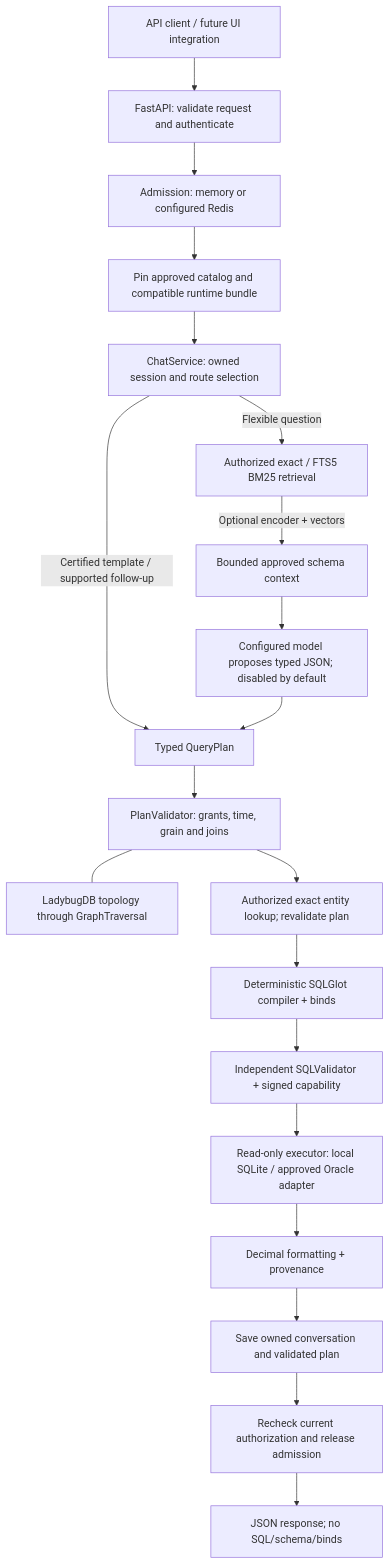
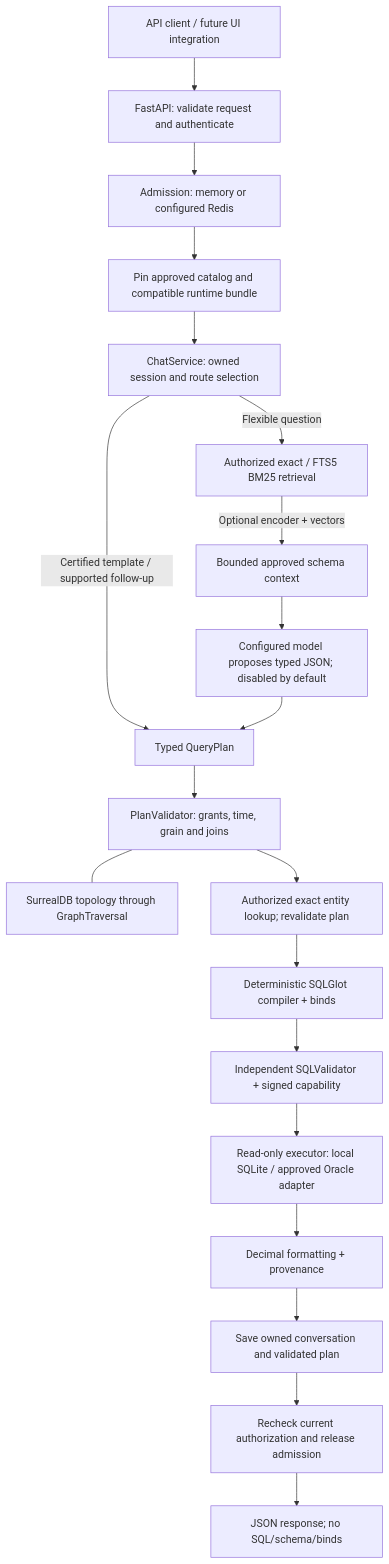
The first of 2 diagrams in docs/APP_WALKTHROUGH.md (Vishwas2311/NL2SQL-NEW-chatbot), drawn with Mermaid before and after one commit. The commit also changed other lines of this file and 35 other files, not shown here.

Commit message:
refactor: replace Ladybug projections with embedded SurrealDB

````diff
--- a/docs/APP_WALKTHROUGH.md
+++ b/docs/APP_WALKTHROUGH.md
@@ -29,22 +29,22 @@
 ```mermaid
 flowchart TD
     Client["API client / future UI integration"] --> API["FastAPI: validate request and authenticate"]
     API --> Admit["Admission: memory or configured Redis"]
     Admit --> Runtime["Pin approved catalog and compatible runtime bundle"]
     Runtime --> Chat["ChatService: owned session and route selection"]
     Chat -->|"Certified template / supported follow-up"| Plan["Typed QueryPlan"]
     Chat -->|"Flexible question"| Retrieve["Authorized exact / FTS5 BM25 retrieval"]
     Retrieve -->|"Optional encoder + vectors"| Context["Bounded approved schema context"]
     Context --> Model["Configured model proposes typed JSON; disabled by default"]
     Model --> Plan
     Plan --> Validate["PlanValidator: grants, time, grain and joins"]
-    Validate --- Graph["LadybugDB topology through GraphTraversal"]
+    Validate --- Graph["SurrealDB topology through GraphTraversal"]
     Validate --> Entity["Authorized exact entity lookup; revalidate plan"]
     Entity --> Compile["Deterministic SQLGlot compiler + binds"]
     Compile --> SQL["Independent SQLValidator + signed capability"]
     SQL --> Execute["Read-only executor: local SQLite / approved Oracle adapter"]
     Execute --> Format["Decimal formatting + provenance"]
     Format --> History["Save owned conversation and validated plan"]
     History --> Reauth["Recheck current authorization and release admission"]
     Reauth --> Reply["JSON response; no SQL/schema/binds"]
 ```
````
